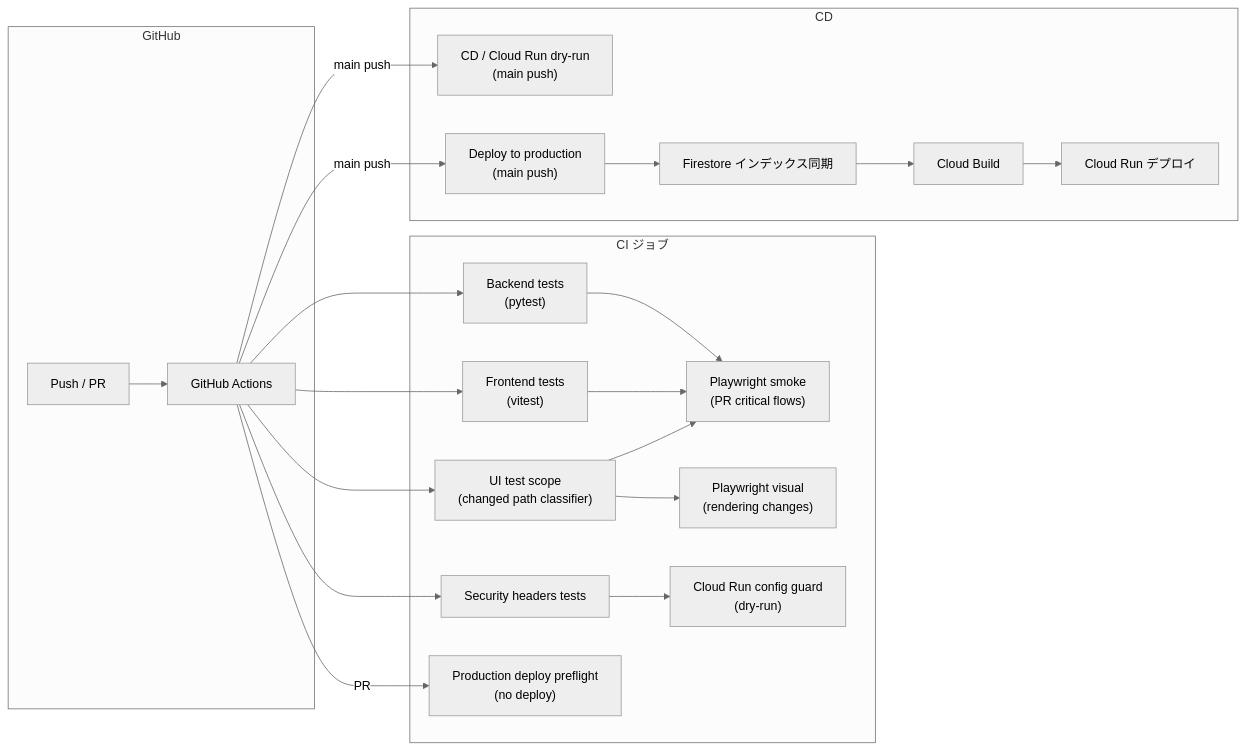
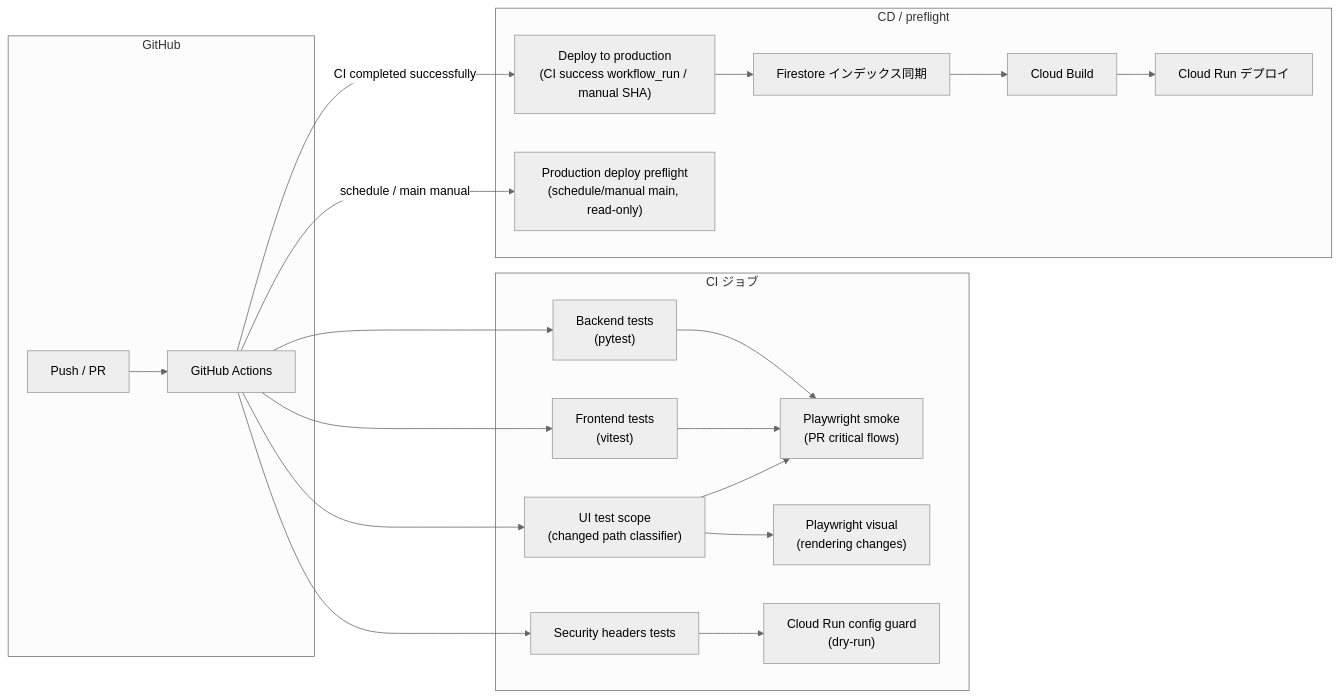
Before and after one commit to stillshore-chirp/wordpack-for-english: the third of 6 diagrams in docs/infrastructure.md, drawn with Mermaid (neutral theme). The commit also changed other lines of this file and 7 other files, not shown here.

````diff
--- a/docs/infrastructure.md
+++ b/docs/infrastructure.md
@@ -120,43 +120,41 @@
 ```mermaid
 flowchart LR
     subgraph GitHub["GitHub"]
         Push["Push / PR"]
         Actions["GitHub Actions"]
     end
 
     subgraph CI["CI ジョブ"]
         BackendTest["Backend tests<br/>(pytest)"]
         SecurityTest["Security headers tests"]
         FrontendTest["Frontend tests<br/>(vitest)"]
         UiTestScope["UI test scope<br/>(changed path classifier)"]
         PlaywrightSmoke["Playwright smoke<br/>(PR critical flows)"]
         VisualRegression["Playwright visual<br/>(rendering changes)"]
         CloudRunGuard["Cloud Run config guard<br/>(dry-run)"]
-        DeployPreflight["Production deploy preflight<br/>(no deploy)"]
     end
 
-    subgraph CD["CD"]
-        DryRun["CD / Cloud Run dry-run<br/>(main push)"]
-        ProductionDeploy["Deploy to production<br/>(main push)"]
+    subgraph CD["CD / preflight"]
+        ProductionDeploy["Deploy to production<br/>(CI success workflow_run / manual SHA)"]
+        DeployPreflight["Production deploy preflight<br/>(schedule/manual main, read-only)"]
         FirestoreIndex["Firestore インデックス同期"]
         CloudBuild["Cloud Build"]
         CloudRun["Cloud Run デプロイ"]
     end
 
     Push --> Actions
     Actions --> BackendTest
     Actions --> SecurityTest
     Actions --> FrontendTest
     Actions --> UiTestScope
     BackendTest --> PlaywrightSmoke
     FrontendTest --> PlaywrightSmoke
     UiTestScope --> PlaywrightSmoke
     UiTestScope --> VisualRegression
     SecurityTest --> CloudRunGuard
-    Actions -->|PR| DeployPreflight
-    Actions -->|main push| DryRun
-    Actions -->|main push| ProductionDeploy
+    Actions -->|schedule / main manual| DeployPreflight
+    Actions -->|CI completed successfully| ProductionDeploy
     ProductionDeploy --> FirestoreIndex
     FirestoreIndex --> CloudBuild
     CloudBuild --> CloudRun
 ```
````
